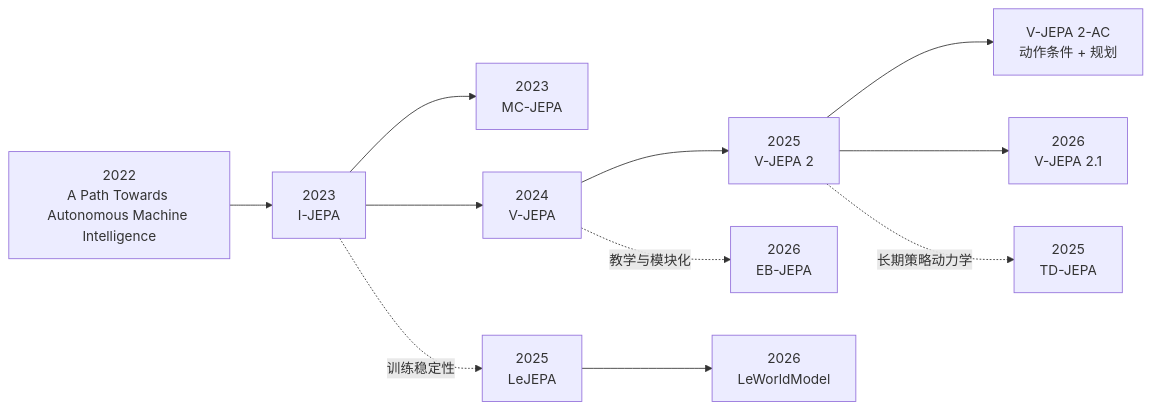
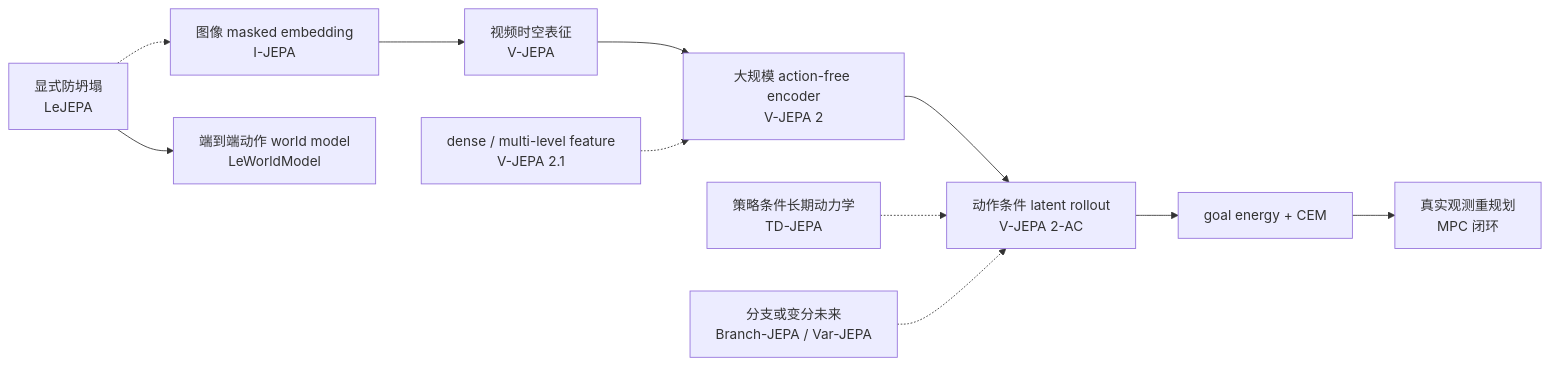
Before and after one commit to GVCLab/Video-Generation-101: the second of 3 diagrams in docs/jepa.md, drawn with Mermaid. The commit also changed other lines of this file and 12 other files, not shown here.

Commit message:
docs: deepen world model and video reasoning chapters

````diff
--- a/docs/jepa.md
+++ b/docs/jepa.md
@@ -49,14 +145,15 @@
 ```mermaid
 flowchart LR
-    A["2022<br>A Path Towards Autonomous Machine Intelligence"] --> B["2023<br>I-JEPA"]
-    B --> C["2023<br>MC-JEPA"]
-    B --> D["2024<br>V-JEPA"]
-    D --> E["2025<br>V-JEPA 2"]
-    E --> F["V-JEPA 2-AC<br>动作条件 + 规划"]
-    E --> G["2026<br>V-JEPA 2.1"]
-
-    B -. "训练稳定性" .-> H["2025<br>LeJEPA"]
-    H --> I["2026<br>LeWorldModel"]
-    D -. "教学与模块化" .-> J["2026<br>EB-JEPA"]
-    E -. "长期策略动力学" .-> K["2025<br>TD-JEPA"]
+    accTitle: JEPA 路线按可检验能力而不是模型年份分层
+    accDescr: 静态图像 masked embedding prediction 先扩展到视频时空表征，再由 action free 大规模视频 encoder 提供视觉先验。加入动作条件 rollout 后才可进行反事实预测，连接目标能量、搜索和真实观测重规划后才形成闭环控制。dense、自监督稳定性、长期策略动力学和多未来表达是横向分支，不能自动升级到更高控制层。
+    image["图像 masked embedding<br>I-JEPA"] --> video["视频时空表征<br>V-JEPA"]
+    video --> foundation["大规模 action-free encoder<br>V-JEPA 2"]
+    foundation --> action["动作条件 latent rollout<br>V-JEPA 2-AC"]
+    action --> planning["goal energy + CEM"]
+    planning --> closed["真实观测重规划<br>MPC 闭环"]
+    dense["dense / multi-level feature<br>V-JEPA 2.1"] -.-> foundation
+    stable["显式防坍塌<br>LeJEPA"] -.-> image
+    stable --> end2end["端到端动作 world model<br>LeWorldModel"]
+    longterm["策略条件长期动力学<br>TD-JEPA"] -.-> action
+    branches["分支或变分未来<br>Branch-JEPA / Var-JEPA"] -.-> action
 ```
````
